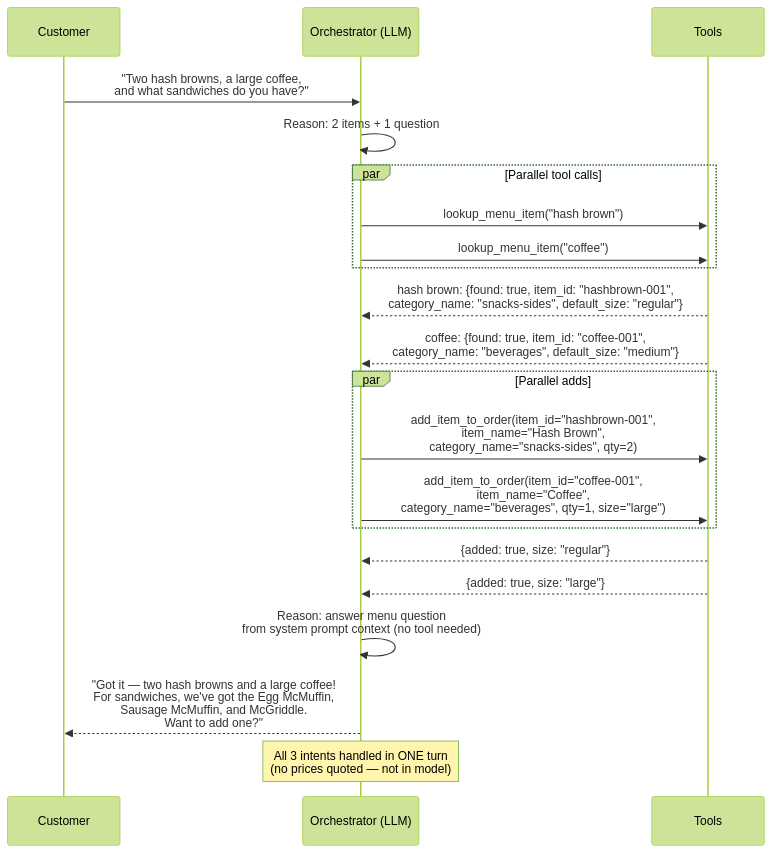
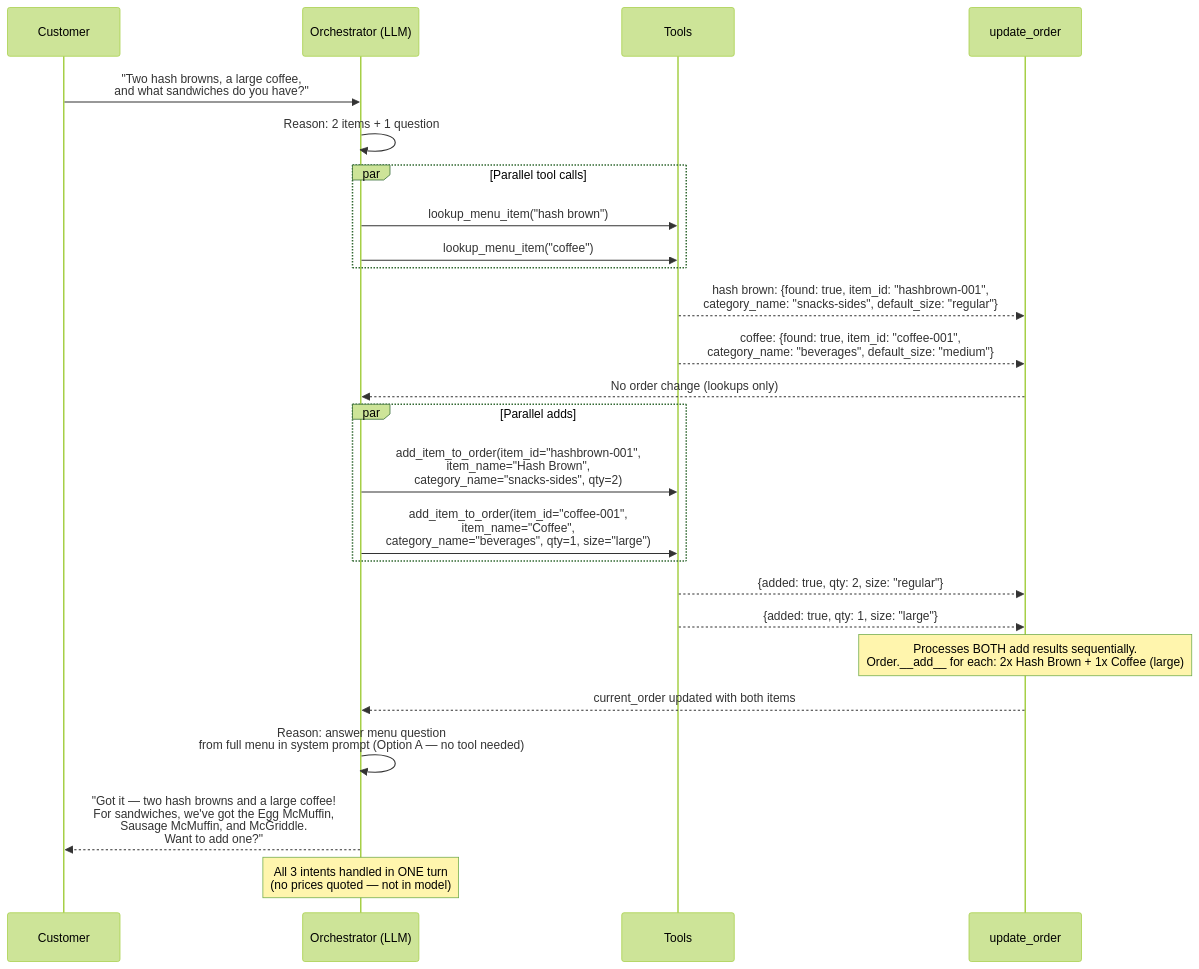
The eighth of 12 diagrams in docs/thoughts/target-implementation/v1/langgraph-state-diagrams-v1.md (seanreed1111/mcdonalds-drive-thru-bot), drawn with Mermaid (forest theme) before and after one commit. The commit also changed other lines of this file and 16 other files, not shown here.

````diff
--- a/docs/thoughts/target-implementation/v1/langgraph-state-diagrams-v1.md
+++ b/docs/thoughts/target-implementation/v1/langgraph-state-diagrams-v1.md
@@ -378,32 +401,36 @@
 ```mermaid
 sequenceDiagram
     participant C as Customer
     participant O as Orchestrator (LLM)
     participant T as Tools
+    participant U as update_order
 
     C->>O: "Two hash browns, a large coffee,<br/>and what sandwiches do you have?"
 
     O->>O: Reason: 2 items + 1 question
 
     par Parallel tool calls
         O->>T: lookup_menu_item("hash brown")
         O->>T: lookup_menu_item("coffee")
     end
 
-    T-->>O: hash brown: {found: true, item_id: "hashbrown-001",<br/>category_name: "snacks-sides", default_size: "regular"}
-    T-->>O: coffee: {found: true, item_id: "coffee-001",<br/>category_name: "beverages", default_size: "medium"}
+    T-->>U: hash brown: {found: true, item_id: "hashbrown-001",<br/>category_name: "snacks-sides", default_size: "regular"}
+    T-->>U: coffee: {found: true, item_id: "coffee-001",<br/>category_name: "beverages", default_size: "medium"}
+    U-->>O: No order change (lookups only)
 
     par Parallel adds
         O->>T: add_item_to_order(item_id="hashbrown-001",<br/>item_name="Hash Brown",<br/>category_name="snacks-sides", qty=2)
         O->>T: add_item_to_order(item_id="coffee-001",<br/>item_name="Coffee",<br/>category_name="beverages", qty=1, size="large")
     end
 
-    T-->>O: {added: true, size: "regular"}
-    T-->>O: {added: true, size: "large"}
+    T-->>U: {added: true, qty: 2, size: "regular"}
+    T-->>U: {added: true, qty: 1, size: "large"}
+    Note over U: Processes BOTH add results sequentially.<br/>Order.__add__ for each: 2x Hash Brown + 1x Coffee (large)
+    U-->>O: current_order updated with both items
 
-    O->>O: Reason: answer menu question<br/>from system prompt context (no tool needed)
+    O->>O: Reason: answer menu question<br/>from full menu in system prompt (Option A — no tool needed)
 
     O-->>C: "Got it — two hash browns and a large coffee!<br/>For sandwiches, we've got the Egg McMuffin,<br/>Sausage McMuffin, and McGriddle.<br/>Want to add one?"
 
     Note over O: All 3 intents handled in ONE turn<br/>(no prices quoted — not in model)
 ```
````
